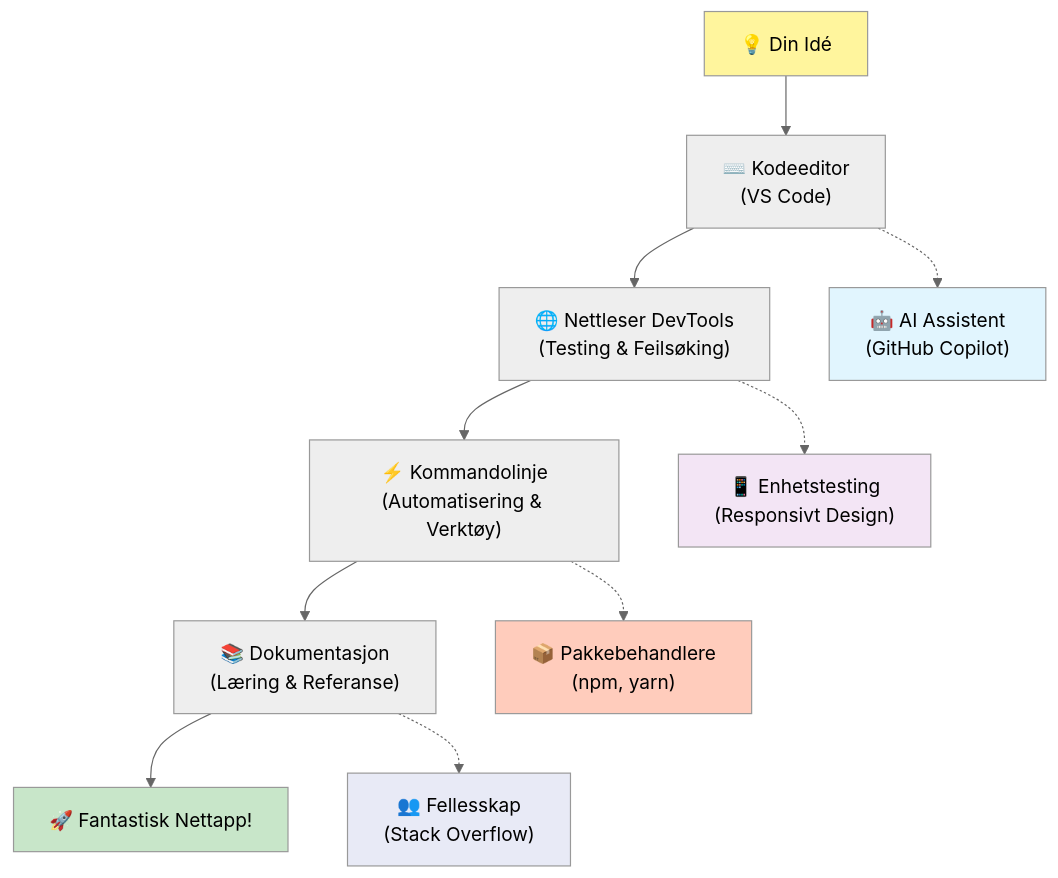
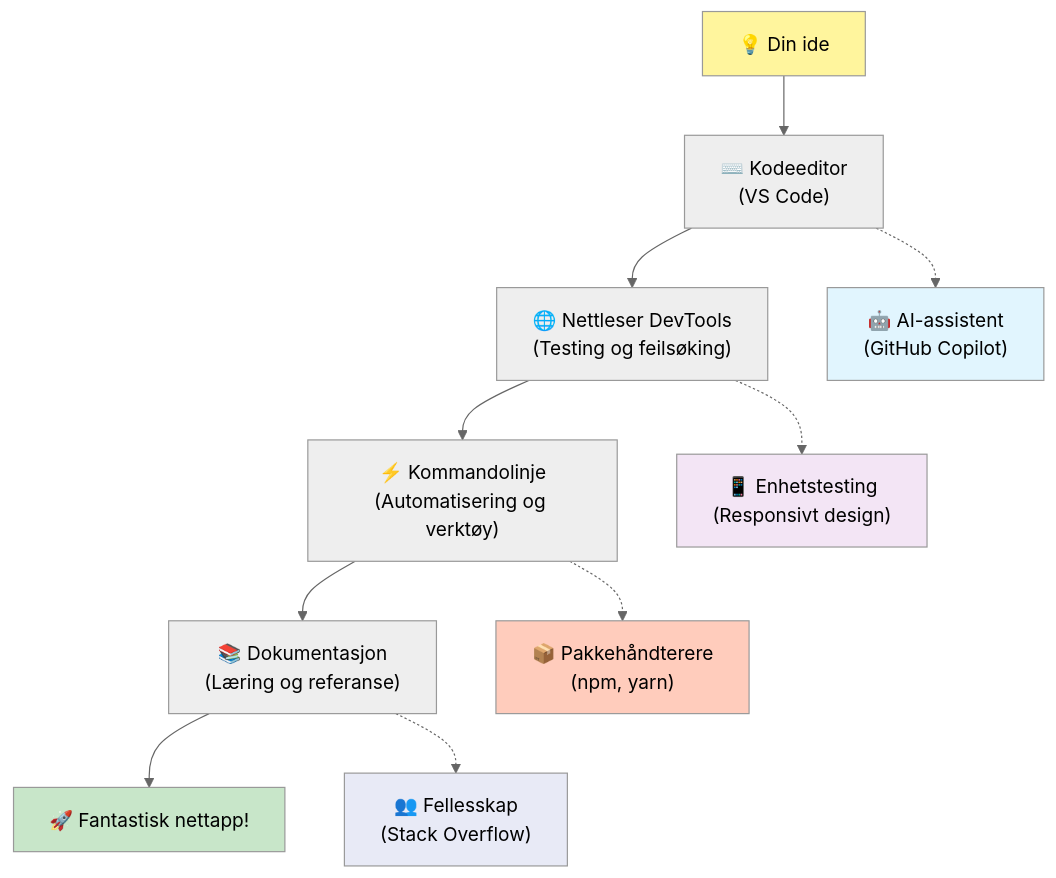
The fifth of 7 diagrams in translations/no/1-getting-started-lessons/1-intro-to-programming-languages/README.md (microsoft/Web-Dev-For-Beginners), drawn with Mermaid (neutral theme) before and after one commit. The commit also changed other lines of this file and 11 other files, not shown here.

````diff
--- a/translations/no/1-getting-started-lessons/1-intro-to-programming-languages/README.md
+++ b/translations/no/1-getting-started-lessons/1-intro-to-programming-languages/README.md
@@ -488,20 +488,20 @@
 ```mermaid
 graph TD
-    A["💡 Din Idé"] --> B["⌨️ Kodeeditor<br/>(VS Code)"] 
-    B --> C["🌐 Nettleser DevTools<br/>(Testing & Feilsøking)"]
-    C --> D["⚡ Kommandolinje<br/>(Automatisering & Verktøy)"]
-    D --> E["📚 Dokumentasjon<br/>(Læring & Referanse)"]
-    E --> F["🚀 Fantastisk Nettapp!"]
+    A["💡 Din ide"] --> B["⌨️ Kodeeditor<br/>(VS Code)"] 
+    B --> C["🌐 Nettleser DevTools<br/>(Testing og feilsøking)"]
+    C --> D["⚡ Kommandolinje<br/>(Automatisering og verktøy)"]
+    D --> E["📚 Dokumentasjon<br/>(Læring og referanse)"]
+    E --> F["🚀 Fantastisk nettapp!"]
     
-    B -.-> G["🤖 AI Assistent<br/>(GitHub Copilot)"]
-    C -.-> H["📱 Enhetstesting<br/>(Responsivt Design)"]
-    D -.-> I["📦 Pakkebehandlere<br/>(npm, yarn)"]
+    B -.-> G["🤖 AI-assistent<br/>(GitHub Copilot)"]
+    C -.-> H["📱 Enhetstesting<br/>(Responsivt design)"]
+    D -.-> I["📦 Pakkehåndterere<br/>(npm, yarn)"]
     E -.-> J["👥 Fellesskap<br/>(Stack Overflow)"]
     
     style A fill:#fff59d
     style F fill:#c8e6c9
     style G fill:#e1f5fe
     style H fill:#f3e5f5
     style I fill:#ffccbc
     style J fill:#e8eaf6
 ```
````
